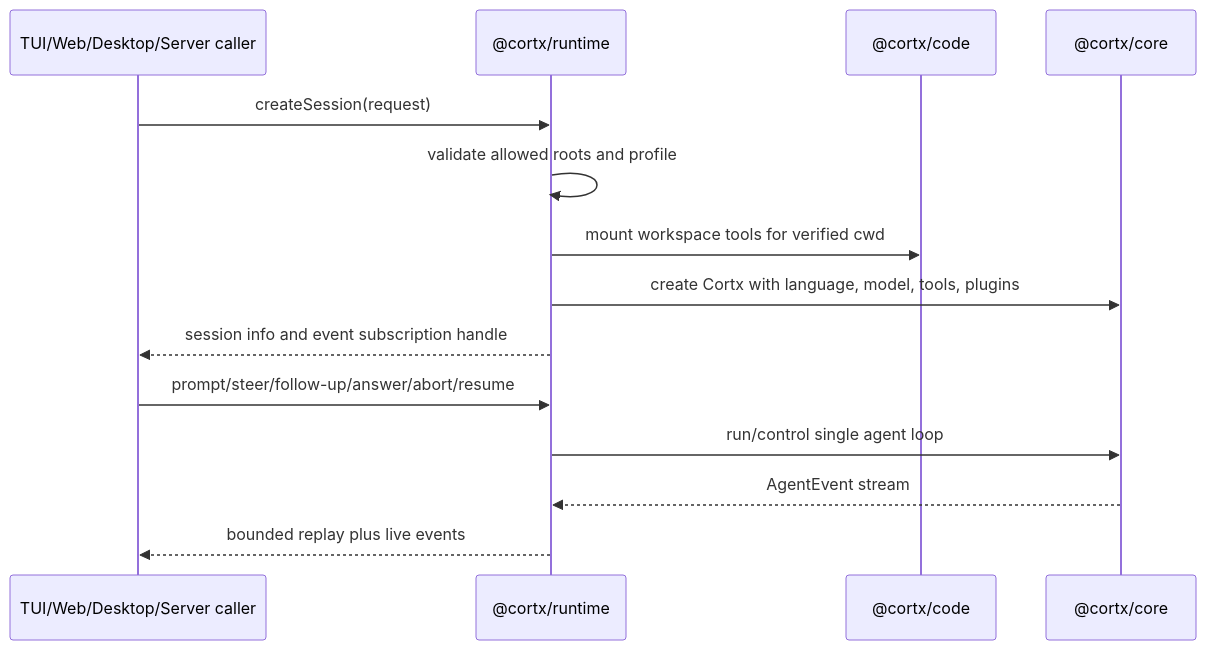
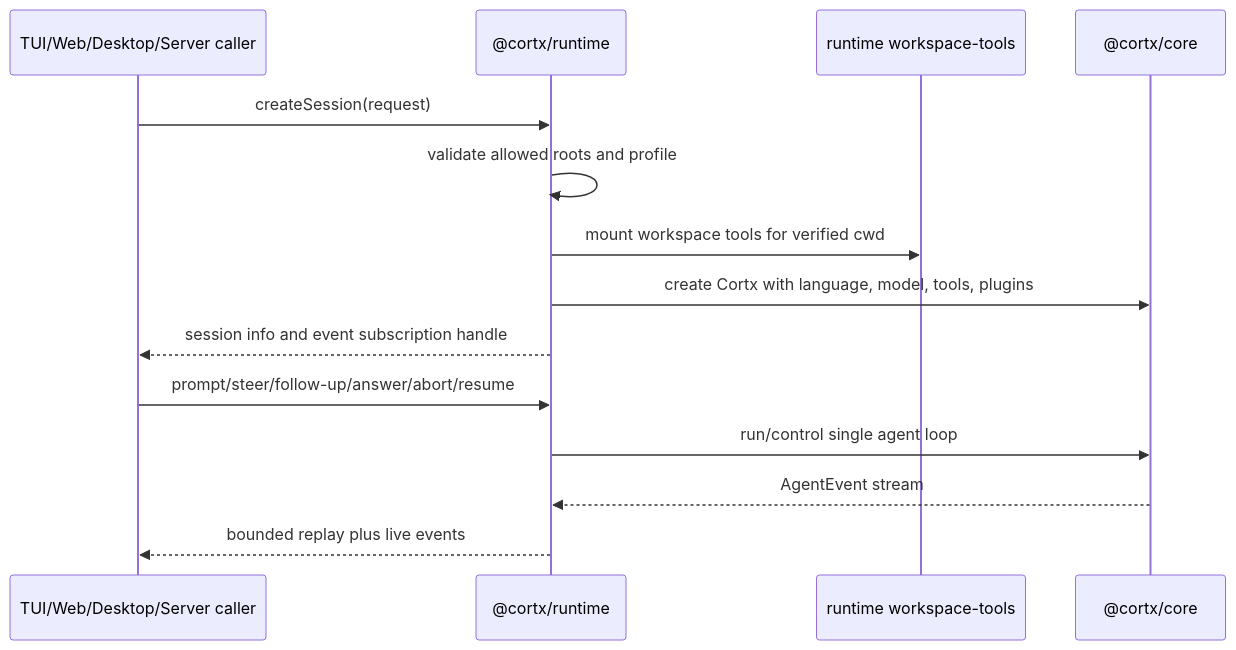
Before and after one commit to nerax-ai/cortx: the second of 3 diagrams in docs/plans/2026-07-04-001-feat-cortx-runtime-host-architecture-plan.md, drawn with Mermaid. The commit also changed other lines of this file and 22 other files, not shown here.

Commit message:
refactor(runtime): fold workspace tools into runtime

````diff
--- a/docs/plans/2026-07-04-001-feat-cortx-runtime-host-architecture-plan.md
+++ b/docs/plans/2026-07-04-001-feat-cortx-runtime-host-architecture-plan.md
@@ -246,17 +246,17 @@
 ```mermaid
 sequenceDiagram
   participant Client as TUI/Web/Desktop/Server caller
   participant Runtime as @cortx/runtime
-  participant Tools as @cortx/code
+  participant Tools as runtime workspace-tools
   participant Core as @cortx/core
 
   Client->>Runtime: createSession(request)
   Runtime->>Runtime: validate allowed roots and profile
   Runtime->>Tools: mount workspace tools for verified cwd
   Runtime->>Core: create Cortx with language, model, tools, plugins
   Runtime-->>Client: session info and event subscription handle
   Client->>Runtime: prompt/steer/follow-up/answer/abort/resume
   Runtime->>Core: run/control single agent loop
   Core-->>Runtime: AgentEvent stream
   Runtime-->>Client: bounded replay plus live events
 ```
````
